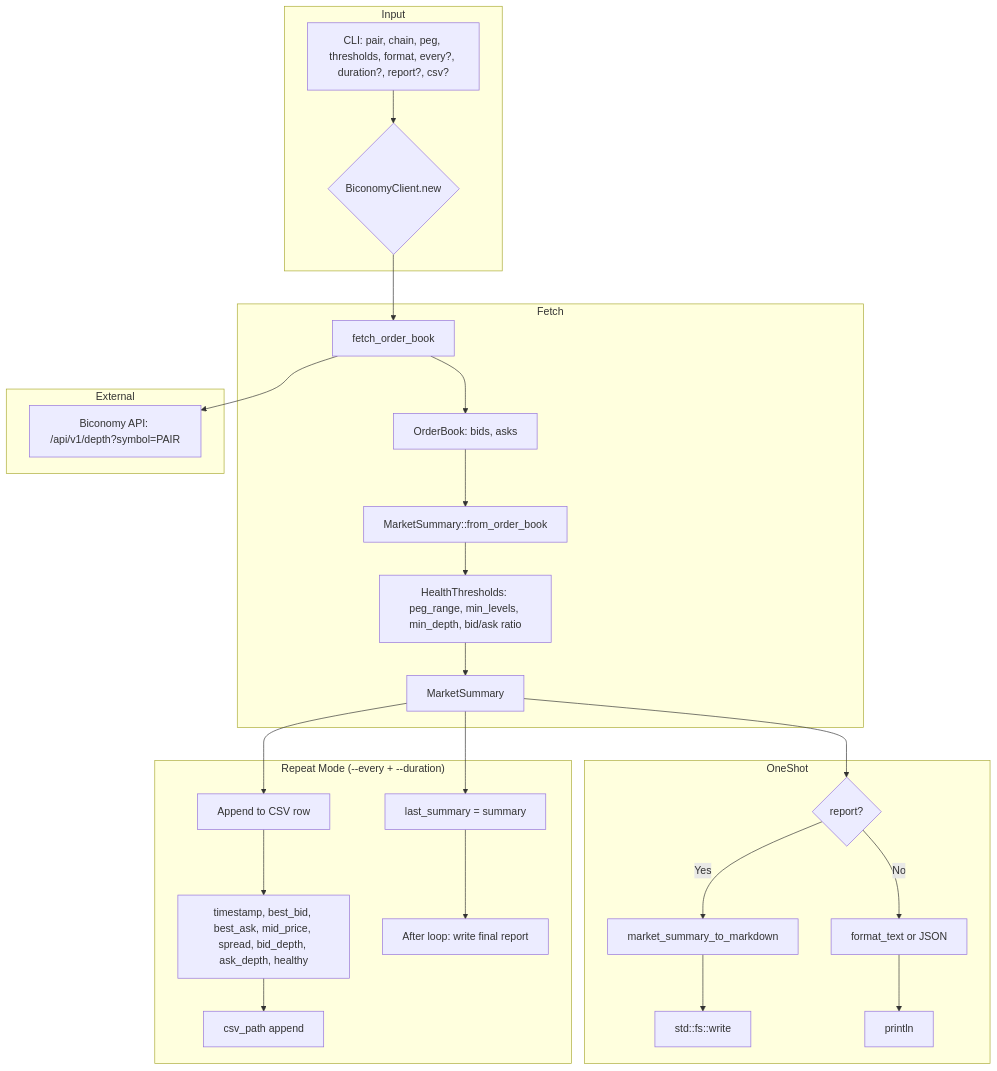
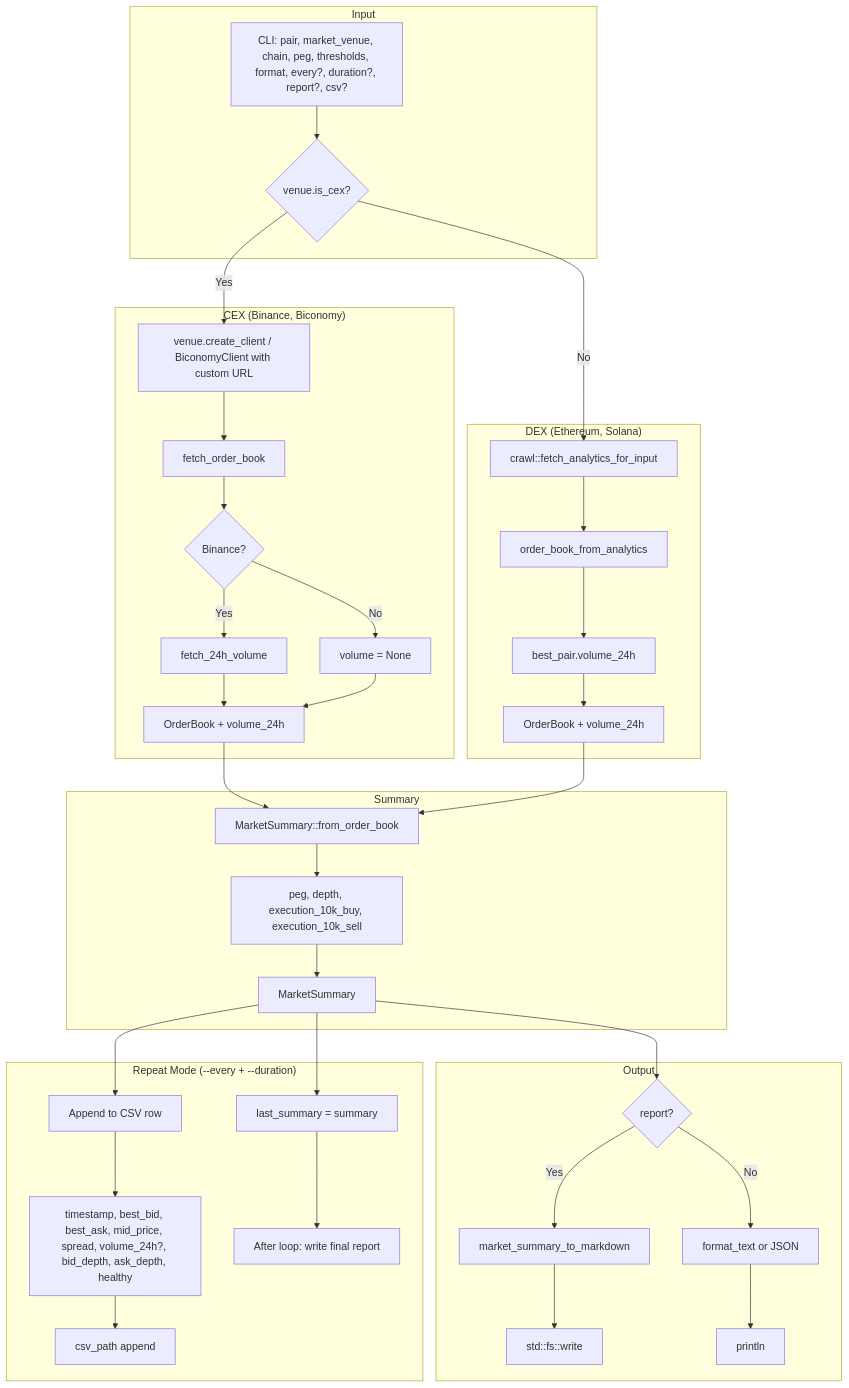
One commit to robot-accomplice/scope-blockchain-analysis changed the diagram in docs/architecture/dataflow-market.md. Above: the diagram before and after it, drawn with Mermaid. The commit also changed other lines of this file and 33 other files, not shown here.

````diff
--- a/docs/architecture/dataflow-market.md
+++ b/docs/architecture/dataflow-market.md
@@ -7,35 +7,47 @@
 ```mermaid
 flowchart TB
     subgraph Input
-        A[CLI: pair, chain, peg, thresholds, format, every?, duration?, report?, csv?]
-        A --> B{BiconomyClient.new}
+        A[CLI: pair, market_venue, chain, peg, thresholds, format, every?, duration?, report?, csv?]
+        A --> B{venue.is_cex?}
     end
 
-    subgraph Fetch
-        B --> C[fetch_order_book]
-        C --> D[OrderBook: bids, asks]
-        D --> E[MarketSummary::from_order_book]
-        E --> F[HealthThresholds: peg_range, min_levels, min_depth, bid/ask ratio]
+    subgraph CEX["CEX (Binance, Biconomy)"]
+        B -->|Yes| C1[venue.create_client / BiconomyClient with custom URL]
+        C1 --> C2[fetch_order_book]
+        C2 --> C3{Binance?}
+        C3 -->|Yes| C4[fetch_24h_volume]
+        C3 -->|No| C5[volume = None]
+        C4 --> C6[OrderBook + volume_24h]
+        C5 --> C6
+    end
+
+    subgraph DEX["DEX (Ethereum, Solana)"]
+        B -->|No| D1[crawl::fetch_analytics_for_input]
+        D1 --> D2[order_book_from_analytics]
+        D2 --> D3[best_pair.volume_24h]
+        D3 --> D4[OrderBook + volume_24h]
+    end
+
+    subgraph Summary
+        C6 --> E[MarketSummary::from_order_book]
+        D4 --> E
+        E --> F[peg, depth, execution_10k_buy, execution_10k_sell]
         F --> G[MarketSummary]
     end
 
-    subgraph OneShot
+    subgraph Output
         G --> H{report?}
         H -->|Yes| I[market_summary_to_markdown]
         I --> J[std::fs::write]
         H -->|No| K[format_text or JSON]
         K --> L[println]
     end
 
     subgraph RepeatMode["Repeat Mode (--every + --duration)"]
         G --> M[Append to CSV row]
-        M --> N[timestamp, best_bid, best_ask, mid_price, spread, bid_depth, ask_depth, healthy]
+        M --> N[timestamp, best_bid, best_ask, mid_price, spread, volume_24h?, bid_depth, ask_depth, healthy]
         N --> O[csv_path append]
         G --> P[last_summary = summary]
         P --> Q[After loop: write final report]
     end
-
-    subgraph External
-        C --> R[Biconomy API: /api/v1/depth?symbol=PAIR]
-    end
 ```
````
